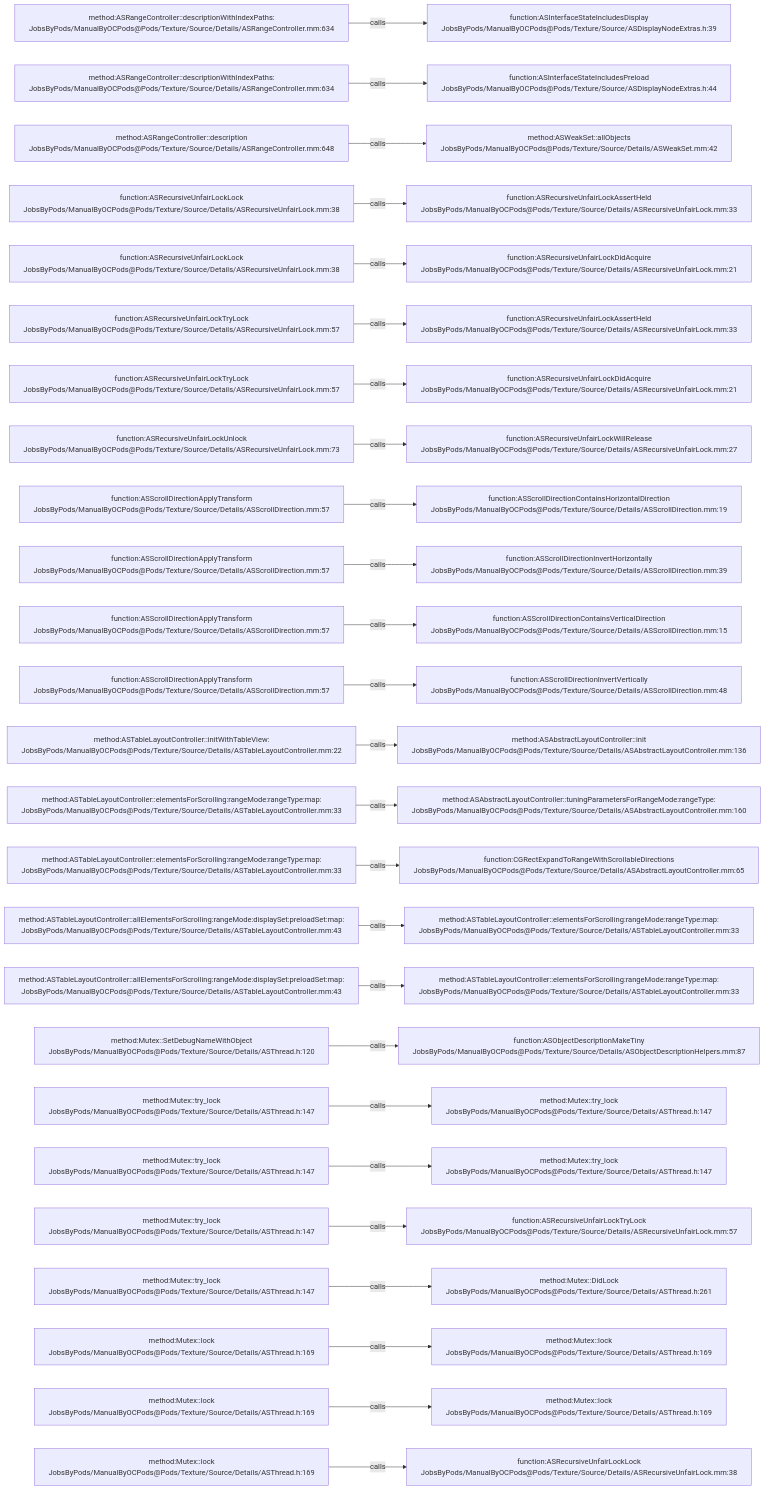
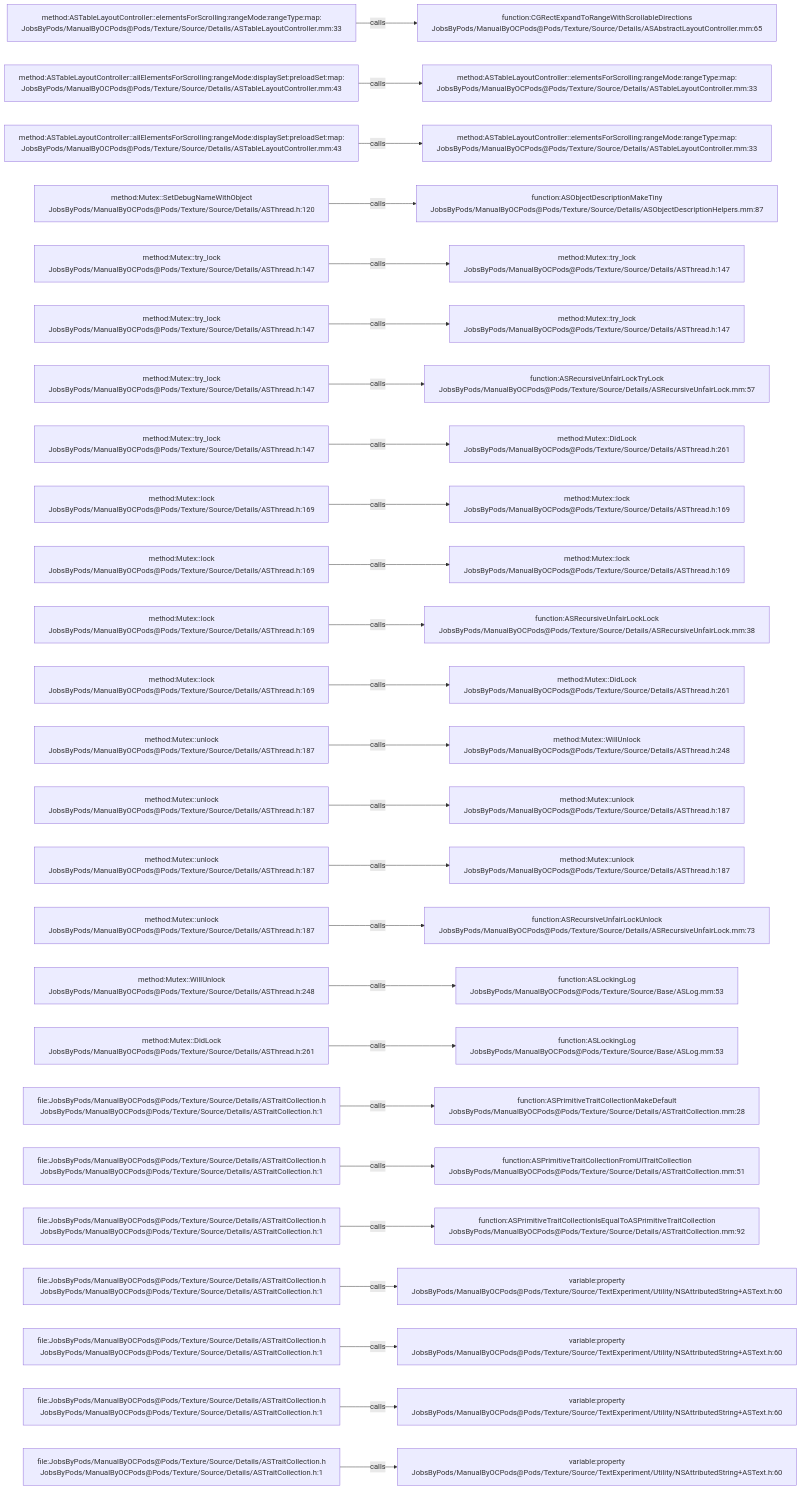
The diagram in .codegraph/codegraph.md/graphs/calls-167.md (JobsKits/JobsOCBaseConfigDemo), drawn with Mermaid before and after one commit. The commit also changed 296 other files, not shown here.

````diff
--- a/.codegraph/codegraph.md/graphs/calls-167.md
+++ b/.codegraph/codegraph.md/graphs/calls-167.md
@@ -13,78 +13,78 @@
 ```mermaid
 flowchart LR
-  S1["method:ASRangeController::descriptionWithIndexPaths:<br/>JobsByPods/ManualByOCPods@Pods/Texture/Source/Details/ASRangeController.mm:634"]
-  T1["function:ASInterfaceStateIncludesDisplay<br/>JobsByPods/ManualByOCPods@Pods/Texture/Source/ASDisplayNodeExtras.h:39"]
+  S1["method:ASTableLayoutController::elementsForScrolling:rangeMode:rangeType:map:<br/>JobsByPods/ManualByOCPods@Pods/Texture/Source/Details/ASTableLayoutController.mm:33"]
+  T1["function:CGRectExpandToRangeWithScrollableDirections<br/>JobsByPods/ManualByOCPods@Pods/Texture/Source/Details/ASAbstractLayoutController.mm:65"]
   S1 -->|calls| T1
-  S2["method:ASRangeController::descriptionWithIndexPaths:<br/>JobsByPods/ManualByOCPods@Pods/Texture/Source/Details/ASRangeController.mm:634"]
-  T2["function:ASInterfaceStateIncludesPreload<br/>JobsByPods/ManualByOCPods@Pods/Texture/Source/ASDisplayNodeExtras.h:44"]
+  S2["method:ASTableLayoutController::allElementsForScrolling:rangeMode:displaySet:preloadSet:map:<br/>JobsByPods/ManualByOCPods@Pods/Texture/Source/Details/ASTableLayoutController.mm:43"]
+  T2["method:ASTableLayoutController::elementsForScrolling:rangeMode:rangeType:map:<br/>JobsByPods/ManualByOCPods@Pods/Texture/Source/Details/ASTableLayoutController.mm:33"]
   S2 -->|calls| T2
-  S3["method:ASRangeController::description<br/>JobsByPods/ManualByOCPods@Pods/Texture/Source/Details/ASRangeController.mm:648"]
-  T3["method:ASWeakSet::allObjects<br/>JobsByPods/ManualByOCPods@Pods/Texture/Source/Details/ASWeakSet.mm:42"]
+  S3["method:ASTableLayoutController::allElementsForScrolling:rangeMode:displaySet:preloadSet:map:<br/>JobsByPods/ManualByOCPods@Pods/Texture/Source/Details/ASTableLayoutController.mm:43"]
+  T3["method:ASTableLayoutController::elementsForScrolling:rangeMode:rangeType:map:<br/>JobsByPods/ManualByOCPods@Pods/Texture/Source/Details/ASTableLayoutController.mm:33"]
   S3 -->|calls| T3
-  S4["function:ASRecursiveUnfairLockLock<br/>JobsByPods/ManualByOCPods@Pods/Texture/Source/Details/ASRecursiveUnfairLock.mm:38"]
-  T4["function:ASRecursiveUnfairLockAssertHeld<br/>JobsByPods/ManualByOCPods@Pods/Texture/Source/Details/ASRecursiveUnfairLock.mm:33"]
+  S4["method:Mutex::SetDebugNameWithObject<br/>JobsByPods/ManualByOCPods@Pods/Texture/Source/Details/ASThread.h:120"]
+  T4["function:ASObjectDescriptionMakeTiny<br/>JobsByPods/ManualByOCPods@Pods/Texture/Source/Details/ASObjectDescriptionHelpers.mm:87"]
   S4 -->|calls| T4
-  S5["function:ASRecursiveUnfairLockLock<br/>JobsByPods/ManualByOCPods@Pods/Texture/Source/Details/ASRecursiveUnfairLock.mm:38"]
-  T5["function:ASRecursiveUnfairLockDidAcquire<br/>JobsByPods/ManualByOCPods@Pods/Texture/Source/Details/ASRecursiveUnfairLock.mm:21"]
+  S5["method:Mutex::try_lock<br/>JobsByPods/ManualByOCPods@Pods/Texture/Source/Details/ASThread.h:147"]
+  T5["method:Mutex::try_lock<br/>JobsByPods/ManualByOCPods@Pods/Texture/Source/Details/ASThread.h:147"]
   S5 -->|calls| T5
-  S6["function:ASRecursiveUnfairLockTryLock<br/>JobsByPods/ManualByOCPods@Pods/Texture/Source/Details/ASRecursiveUnfairLock.mm:57"]
-  T6["function:ASRecursiveUnfairLockAssertHeld<br/>JobsByPods/ManualByOCPods@Pods/Texture/Source/Details/ASRecursiveUnfairLock.mm:33"]
+  S6["method:Mutex::try_lock<br/>JobsByPods/ManualByOCPods@Pods/Texture/Source/Details/ASThread.h:147"]
+  T6["method:Mutex::try_lock<br/>JobsByPods/ManualByOCPods@Pods/Texture/Source/Details/ASThread.h:147"]
   S6 -->|calls| T6
-  S7["function:ASRecursiveUnfairLockTryLock<br/>JobsByPods/ManualByOCPods@Pods/Texture/Source/Details/ASRecursiveUnfairLock.mm:57"]
-  T7["function:ASRecursiveUnfairLockDidAcquire<br/>JobsByPods/ManualByOCPods@Pods/Texture/Source/Details/ASRecursiveUnfairLock.mm:21"]
+  S7["method:Mutex::try_lock<br/>JobsByPods/ManualByOCPods@Pods/Texture/Source/Details/ASThread.h:147"]
+  T7["function:ASRecursiveUnfairLockTryLock<br/>JobsByPods/ManualByOCPods@Pods/Texture/Source/Details/ASRecursiveUnfairLock.mm:57"]
   S7 -->|calls| T7
-  S8["function:ASRecursiveUnfairLockUnlock<br/>JobsByPods/ManualByOCPods@Pods/Texture/Source/Details/ASRecursiveUnfairLock.mm:73"]
-  T8["function:ASRecursiveUnfairLockWillRelease<br/>JobsByPods/ManualByOCPods@Pods/Texture/Source/Details/ASRecursiveUnfairLock.mm:27"]
+  S8["method:Mutex::try_lock<br/>JobsByPods/ManualByOCPods@Pods/Texture/Source/Details/ASThread.h:147"]
+  T8["method:Mutex::DidLock<br/>JobsByPods/ManualByOCPods@Pods/Texture/Source/Details/ASThread.h:261"]
   S8 -->|calls| T8
-  S9["function:ASScrollDirectionApplyTransform<br/>JobsByPods/ManualByOCPods@Pods/Texture/Source/Details/ASScrollDirection.mm:57"]
-  T9["function:ASScrollDirectionContainsHorizontalDirection<br/>JobsByPods/ManualByOCPods@Pods/Texture/Source/Details/ASScrollDirection.mm:19"]
+  S9["method:Mutex::lock<br/>JobsByPods/ManualByOCPods@Pods/Texture/Source/Details/ASThread.h:169"]
+  T9["method:Mutex::lock<br/>JobsByPods/ManualByOCPods@Pods/Texture/Source/Details/ASThread.h:169"]
   S9 -->|calls| T9
-  S10["function:ASScrollDirectionApplyTransform<br/>JobsByPods/ManualByOCPods@Pods/Texture/Source/Details/ASScrollDirection.mm:57"]
-  T10["function:ASScrollDirectionInvertHorizontally<br/>JobsByPods/ManualByOCPods@Pods/Texture/Source/Details/ASScrollDirection.mm:39"]
+  S10["method:Mutex::lock<br/>JobsByPods/ManualByOCPods@Pods/Texture/Source/Details/ASThread.h:169"]
+  T10["method:Mutex::lock<br/>JobsByPods/ManualByOCPods@Pods/Texture/Source/Details/ASThread.h:169"]
   S10 -->|calls| T10
-  S11["function:ASScrollDirectionApplyTransform<br/>JobsByPods/ManualByOCPods@Pods/Texture/Source/Details/ASScrollDirection.mm:57"]
-  T11["function:ASScrollDirectionContainsVerticalDirection<br/>JobsByPods/ManualByOCPods@Pods/Texture/Source/Details/ASScrollDirection.mm:15"]
+  S11["method:Mutex::lock<br/>JobsByPods/ManualByOCPods@Pods/Texture/Source/Details/ASThread.h:169"]
+  T11["function:ASRecursiveUnfairLockLock<br/>JobsByPods/ManualByOCPods@Pods/Texture/Source/Details/ASRecursiveUnfairLock.mm:38"]
   S11 -->|calls| T11
-  S12["function:ASScrollDirectionApplyTransform<br/>JobsByPods/ManualByOCPods@Pods/Texture/Source/Details/ASScrollDirection.mm:57"]
-  T12["function:ASScrollDirectionInvertVertically<br/>JobsByPods/ManualByOCPods@Pods/Texture/Source/Details/ASScrollDirection.mm:48"]
+  S12["method:Mutex::lock<br/>JobsByPods/ManualByOCPods@Pods/Texture/Source/Details/ASThread.h:169"]
+  T12["method:Mutex::DidLock<br/>JobsByPods/ManualByOCPods@Pods/Texture/Source/Details/ASThread.h:261"]
   S12 -->|calls| T12
-  S13["method:ASTableLayoutController::initWithTableView:<br/>JobsByPods/ManualByOCPods@Pods/Texture/Source/Details/ASTableLayoutController.mm:22"]
-  T13["method:ASAbstractLayoutController::init<br/>JobsByPods/ManualByOCPods@Pods/Texture/Source/Details/ASAbstractLayoutController.mm:136"]
+  S13["method:Mutex::unlock<br/>JobsByPods/ManualByOCPods@Pods/Texture/Source/Details/ASThread.h:187"]
+  T13["method:Mutex::WillUnlock<br/>JobsByPods/ManualByOCPods@Pods/Texture/Source/Details/ASThread.h:248"]
   S13 -->|calls| T13
-  S14["method:ASTableLayoutController::elementsForScrolling:rangeMode:rangeType:map:<br/>JobsByPods/ManualByOCPods@Pods/Texture/Source/Details/ASTableLayoutController.mm:33"]
-  T14["method:ASAbstractLayoutController::tuningParametersForRangeMode:rangeType:<br/>JobsByPods/ManualByOCPods@Pods/Texture/Source/Details/ASAbstractLayoutController.mm:160"]
+  S14["method:Mutex::unlock<br/>JobsByPods/ManualByOCPods@Pods/Texture/Source/Details/ASThread.h:187"]
+  T14["method:Mutex::unlock<br/>JobsByPods/ManualByOCPods@Pods/Texture/Source/Details/ASThread.h:187"]
   S14 -->|calls| T14
-  S15["method:ASTableLayoutController::elementsForScrolling:rangeMode:rangeType:map:<br/>JobsByPods/ManualByOCPods@Pods/Texture/Source/Details/ASTableLayoutController.mm:33"]
-  T15["function:CGRectExpandToRangeWithScrollableDirections<br/>JobsByPods/ManualByOCPods@Pods/Texture/Source/Details/ASAbstractLayoutController.mm:65"]
+  S15["method:Mutex::unlock<br/>JobsByPods/ManualByOCPods@Pods/Texture/Source/Details/ASThread.h:187"]
+  T15["method:Mutex::unlock<br/>JobsByPods/ManualByOCPods@Pods/Texture/Source/Details/ASThread.h:187"]
   S15 -->|calls| T15
-  S16["method:ASTableLayoutController::allElementsForScrolling:rangeMode:displaySet:preloadSet:map:<br/>JobsByPods/ManualByOCPods@Pods/Texture/Source/Details/ASTableLayoutController.mm:43"]
-  T16["method:ASTableLayoutController::elementsForScrolling:rangeMode:rangeType:map:<br/>JobsByPods/ManualByOCPods@Pods/Texture/Source/Details/ASTableLayoutController.mm:33"]
+  S16["method:Mutex::unlock<br/>JobsByPods/ManualByOCPods@Pods/Texture/Source/Details/ASThread.h:187"]
+  T16["function:ASRecursiveUnfairLockUnlock<br/>JobsByPods/ManualByOCPods@Pods/Texture/Source/Details/ASRecursiveUnfairLock.mm:73"]
   S16 -->|calls| T16
-  S17["method:ASTableLayoutController::allElementsForScrolling:rangeMode:displaySet:preloadSet:map:<br/>JobsByPods/ManualByOCPods@Pods/Texture/Source/Details/ASTableLayoutController.mm:43"]
-  T17["method:ASTableLayoutController::elementsForScrolling:rangeMode:rangeType:map:<br/>JobsByPods/ManualByOCPods@Pods/Texture/Source/Details/ASTableLayoutController.mm:33"]
+  S17["method:Mutex::WillUnlock<br/>JobsByPods/ManualByOCPods@Pods/Texture/Source/Details/ASThread.h:248"]
+  T17["function:ASLockingLog<br/>JobsByPods/ManualByOCPods@Pods/Texture/Source/Base/ASLog.mm:53"]
   S17 -->|calls| T17
-  S18["method:Mutex::SetDebugNameWithObject<br/>JobsByPods/ManualByOCPods@Pods/Texture/Source/Details/ASThread.h:120"]
-  T18["function:ASObjectDescriptionMakeTiny<br/>JobsByPods/ManualByOCPods@Pods/Texture/Source/Details/ASObjectDescriptionHelpers.mm:87"]
+  S18["method:Mutex::DidLock<br/>JobsByPods/ManualByOCPods@Pods/Texture/Source/Details/ASThread.h:261"]
+  T18["function:ASLockingLog<br/>JobsByPods/ManualByOCPods@Pods/Texture/Source/Base/ASLog.mm:53"]
   S18 -->|calls| T18
-  S19["method:Mutex::try_lock<br/>JobsByPods/ManualByOCPods@Pods/Texture/Source/Details/ASThread.h:147"]
-  T19["method:Mutex::try_lock<br/>JobsByPods/ManualByOCPods@Pods/Texture/Source/Details/ASThread.h:147"]
+  S19["file:JobsByPods/ManualByOCPods@Pods/Texture/Source/Details/ASTraitCollection.h<br/>JobsByPods/ManualByOCPods@Pods/Texture/Source/Details/ASTraitCollection.h:1"]
+  T19["function:ASPrimitiveTraitCollectionMakeDefault<br/>JobsByPods/ManualByOCPods@Pods/Texture/Source/Details/ASTraitCollection.mm:28"]
   S19 -->|calls| T19
-  S20["method:Mutex::try_lock<br/>JobsByPods/ManualByOCPods@Pods/Texture/Source/Details/ASThread.h:147"]
-  T20["method:Mutex::try_lock<br/>JobsByPods/ManualByOCPods@Pods/Texture/Source/Details/ASThread.h:147"]
+  S20["file:JobsByPods/ManualByOCPods@Pods/Texture/Source/Details/ASTraitCollection.h<br/>JobsByPods/ManualByOCPods@Pods/Texture/Source/Details/ASTraitCollection.h:1"]
+  T20["function:ASPrimitiveTraitCollectionFromUITraitCollection<br/>JobsByPods/ManualByOCPods@Pods/Texture/Source/Details/ASTraitCollection.mm:51"]
   S20 -->|calls| T20
-  S21["method:Mutex::try_lock<br/>JobsByPods/ManualByOCPods@Pods/Texture/Source/Details/ASThread.h:147"]
-  T21["function:ASRecursiveUnfairLockTryLock<br/>JobsByPods/ManualByOCPods@Pods/Texture/Source/Details/ASRecursiveUnfairLock.mm:57"]
+  S21["file:JobsByPods/ManualByOCPods@Pods/Texture/Source/Details/ASTraitCollection.h<br/>JobsByPods/ManualByOCPods@Pods/Texture/Source/Details/ASTraitCollection.h:1"]
+  T21["function:ASPrimitiveTraitCollectionIsEqualToASPrimitiveTraitCollection<br/>JobsByPods/ManualByOCPods@Pods/Texture/Source/Details/ASTraitCollection.mm:92"]
   S21 -->|calls| T21
-  S22["method:Mutex::try_lock<br/>JobsByPods/ManualByOCPods@Pods/Texture/Source/Details/ASThread.h:147"]
-  T22["method:Mutex::DidLock<br/>JobsByPods/ManualByOCPods@Pods/Texture/Source/Details/ASThread.h:261"]
+  S22["file:JobsByPods/ManualByOCPods@Pods/Texture/Source/Details/ASTraitCollection.h<br/>JobsByPods/ManualByOCPods@Pods/Texture/Source/Details/ASTraitCollection.h:1"]
+  T22["variable:property<br/>JobsByPods/ManualByOCPods@Pods/Texture/Source/TextExperiment/Utility/NSAttributedString+ASText.h:60"]
   S22 -->|calls| T22
-  S23["method:Mutex::lock<br/>JobsByPods/ManualByOCPods@Pods/Texture/Source/Details/ASThread.h:169"]
-  T23["method:Mutex::lock<br/>JobsByPods/ManualByOCPods@Pods/Texture/Source/Details/ASThread.h:169"]
+  S23["file:JobsByPods/ManualByOCPods@Pods/Texture/Source/Details/ASTraitCollection.h<br/>JobsByPods/ManualByOCPods@Pods/Texture/Source/Details/ASTraitCollection.h:1"]
+  T23["variable:property<br/>JobsByPods/ManualByOCPods@Pods/Texture/Source/TextExperiment/Utility/NSAttributedString+ASText.h:60"]
   S23 -->|calls| T23
-  S24["method:Mutex::lock<br/>JobsByPods/ManualByOCPods@Pods/Texture/Source/Details/ASThread.h:169"]
-  T24["method:Mutex::lock<br/>JobsByPods/ManualByOCPods@Pods/Texture/Source/Details/ASThread.h:169"]
+  S24["file:JobsByPods/ManualByOCPods@Pods/Texture/Source/Details/ASTraitCollection.h<br/>JobsByPods/ManualByOCPods@Pods/Texture/Source/Details/ASTraitCollection.h:1"]
+  T24["variable:property<br/>JobsByPods/ManualByOCPods@Pods/Texture/Source/TextExperiment/Utility/NSAttributedString+ASText.h:60"]
   S24 -->|calls| T24
-  S25["method:Mutex::lock<br/>JobsByPods/ManualByOCPods@Pods/Texture/Source/Details/ASThread.h:169"]
-  T25["function:ASRecursiveUnfairLockLock<br/>JobsByPods/ManualByOCPods@Pods/Texture/Source/Details/ASRecursiveUnfairLock.mm:38"]
+  S25["file:JobsByPods/ManualByOCPods@Pods/Texture/Source/Details/ASTraitCollection.h<br/>JobsByPods/ManualByOCPods@Pods/Texture/Source/Details/ASTraitCollection.h:1"]
+  T25["variable:property<br/>JobsByPods/ManualByOCPods@Pods/Texture/Source/TextExperiment/Utility/NSAttributedString+ASText.h:60"]
   S25 -->|calls| T25
 ```
````
